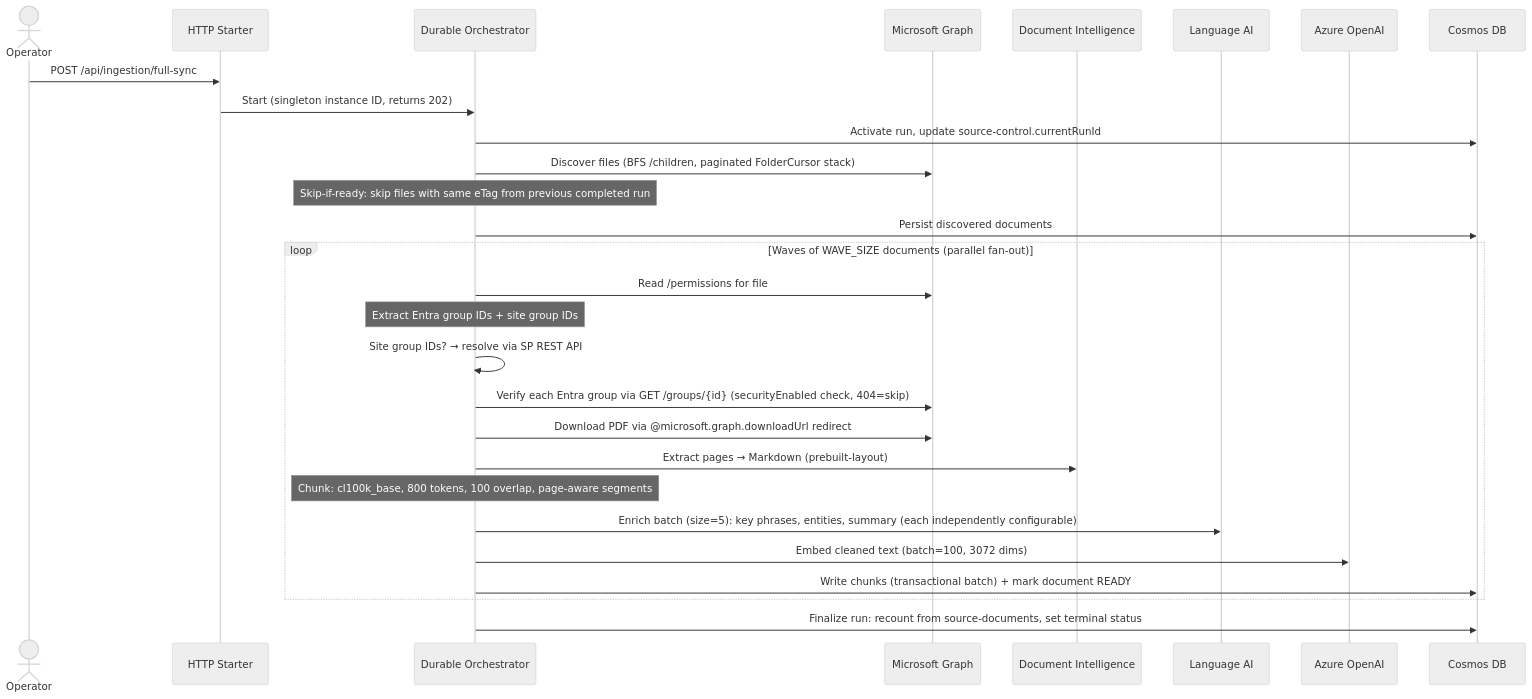
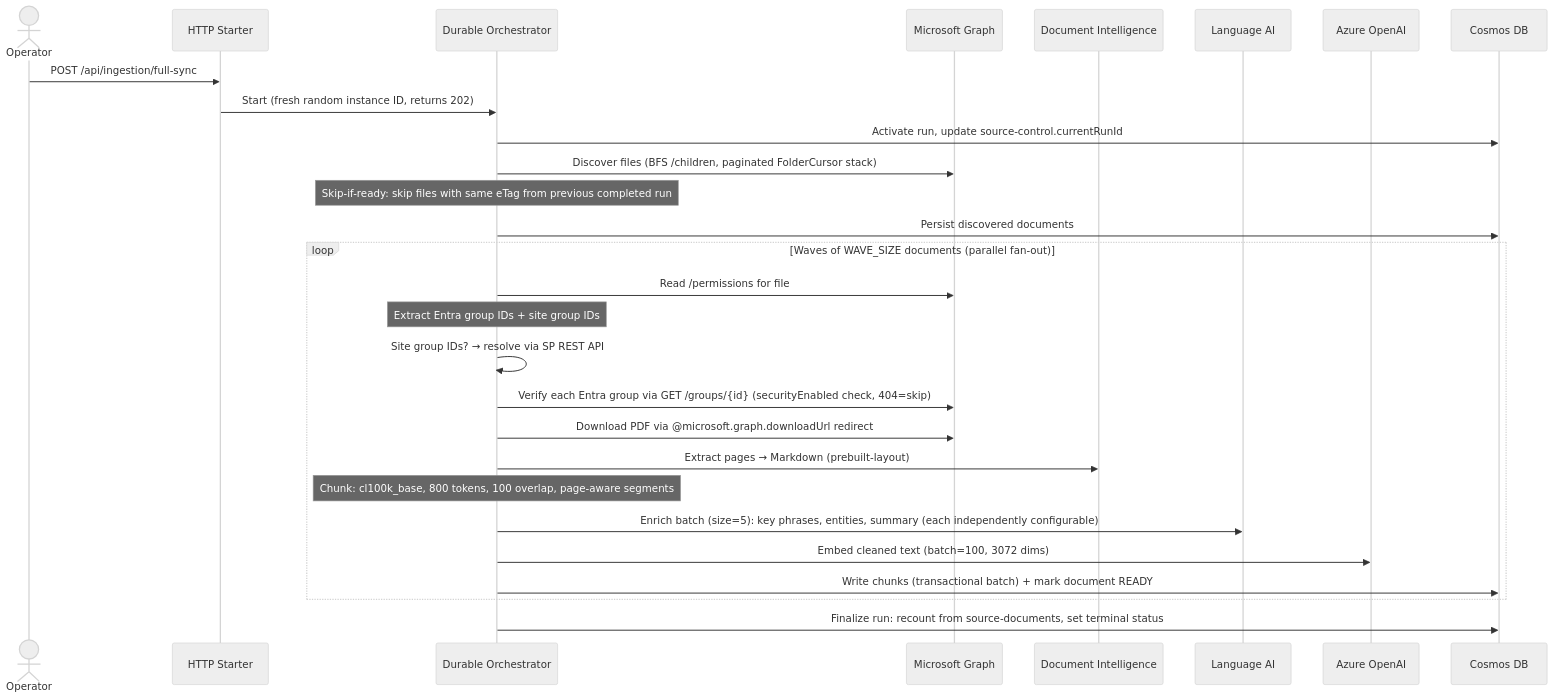
Before and after one commit to HariVamsiChittari/enterprise-rag-pipeline: the second of 10 diagrams in docs/ARCHITECTURE.md, drawn with Mermaid (neutral theme). The commit also changed other lines of this file and 17 other files, not shown here.

````diff
--- a/docs/ARCHITECTURE.md
+++ b/docs/ARCHITECTURE.md
@@ -66,33 +66,33 @@
 ```mermaid
 sequenceDiagram
     actor Operator
     participant Starter as HTTP Starter
     participant Orch as Durable Orchestrator
     participant Graph as Microsoft Graph
     participant DI as Document Intelligence
     participant Lang as Language AI
     participant OAI as Azure OpenAI
     participant Cosmos as Cosmos DB
 
     Operator->>Starter: POST /api/ingestion/full-sync
-    Starter->>Orch: Start (singleton instance ID, returns 202)
+    Starter->>Orch: Start (fresh random instance ID, returns 202)
     Orch->>Cosmos: Activate run, update source-control.currentRunId
     Orch->>Graph: Discover files (BFS /children, paginated FolderCursor stack)
     Note over Orch: Skip-if-ready: skip files with same eTag from previous completed run
     Orch->>Cosmos: Persist discovered documents
 
     loop Waves of WAVE_SIZE documents (parallel fan-out)
         Orch->>Graph: Read /permissions for file
         Note over Orch: Extract Entra group IDs + site group IDs
         Orch->>Orch: Site group IDs? → resolve via SP REST API
         Orch->>Graph: Verify each Entra group via GET /groups/{id} (securityEnabled check, 404=skip)
         Orch->>Graph: Download PDF via @microsoft.graph.downloadUrl redirect
         Orch->>DI: Extract pages → Markdown (prebuilt-layout)
         Note over Orch: Chunk: cl100k_base, 800 tokens, 100 overlap, page-aware segments
         Orch->>Lang: Enrich batch (size=5): key phrases, entities, summary (each independently configurable)
         Orch->>OAI: Embed cleaned text (batch=100, 3072 dims)
         Orch->>Cosmos: Write chunks (transactional batch) + mark document READY
     end
 
     Orch->>Cosmos: Finalize run: recount from source-documents, set terminal status
 ```
````
